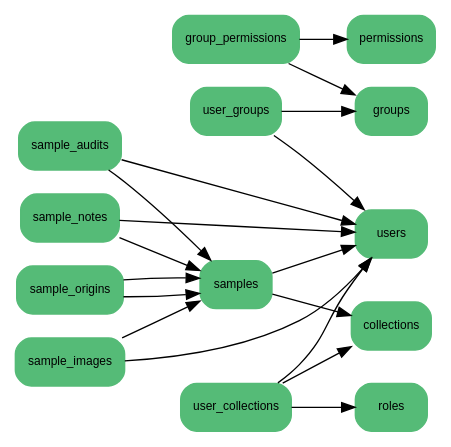
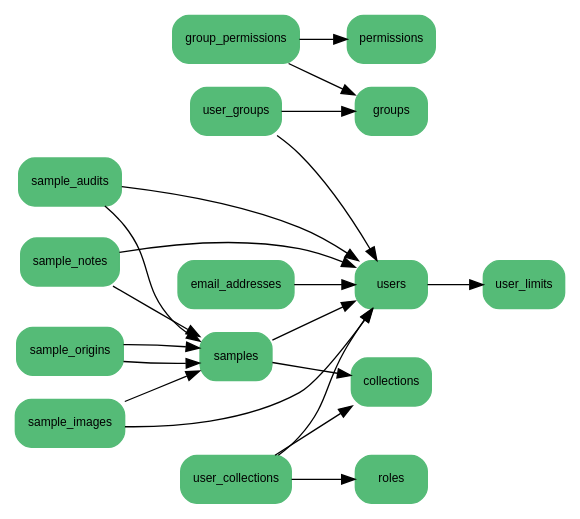
Before and after one commit to waveform80/samplesdb: the diagram in db/tables.dot, drawn with Graphviz.

Commit message:
Added user_limits and email_addresses tables
Missed a couple of tables in the design..

```diff
--- a/db/tables.dot
+++ b/db/tables.dot
@@ -1,37 +1,41 @@
 digraph G {
   graph [rankdir=LR];
   node [shape=box,style="rounded,filled",color="#55bb77",fontname="Arial",fontsize=9];
   edge [fontname="Arial",fontsize=9];
 
   groups;
   users;
   permissions;
   collections;
   roles;
   samples;
   user_collections;
   user_groups;
+  user_limits;
   group_permissions;
   sample_origins;
   sample_audits;
   sample_notes;
   sample_images;
+  email_addresses;
 
+  users->user_limits;
   user_collections->users;
   user_collections->collections;
   user_collections->roles;
   user_groups->users;
   user_groups->groups;
   group_permissions->groups;
   group_permissions->permissions;
+  email_addresses->users;
   samples->collections;
   samples->users;
   sample_origins->samples;
   sample_origins->samples;
   sample_audits->samples;
   sample_audits->users;
   sample_notes->samples;
   sample_notes->users;
   sample_images->samples;
   sample_images->users;
 }
```
